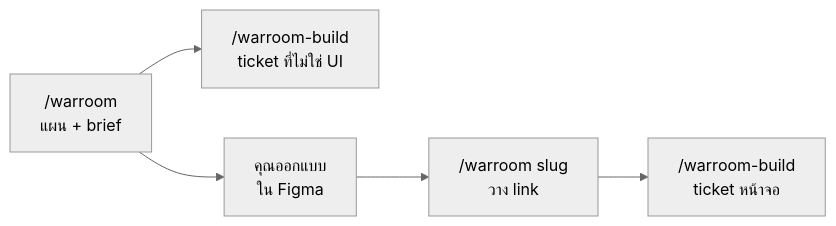
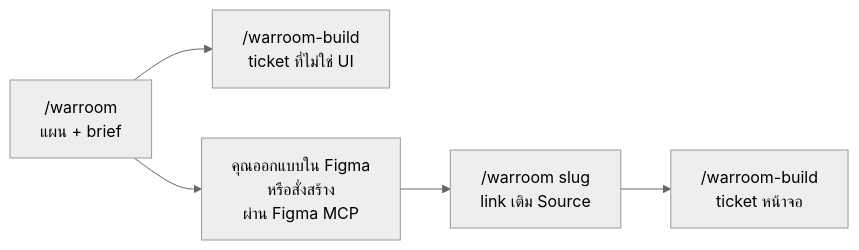
One commit to mousemouse094526/kiki-kit changed the third of 7 diagrams in docs/flow.th.md. Above: the diagram before and after it, drawn with Mermaid (neutral theme). The commit also changed other lines of this file and 8 other files, not shown here.

````diff
--- a/docs/flow.th.md
+++ b/docs/flow.th.md
@@ -82,11 +82,11 @@
 ```mermaid
 flowchart LR
     P["/warroom<br/>แผน + brief"]
     API["/warroom-build<br/>ticket ที่ไม่ใช่ UI"]
-    D["คุณออกแบบ<br/>ใน Figma"]
-    L["/warroom slug<br/>วาง link"]
+    D["คุณออกแบบใน Figma<br/>หรือสั่งสร้าง<br/>ผ่าน Figma MCP"]
+    L["/warroom slug<br/>link เติม Source"]
     UI["/warroom-build<br/>ticket หน้าจอ"]
 
     P --> API
     P --> D --> L --> UI
 ```
````
